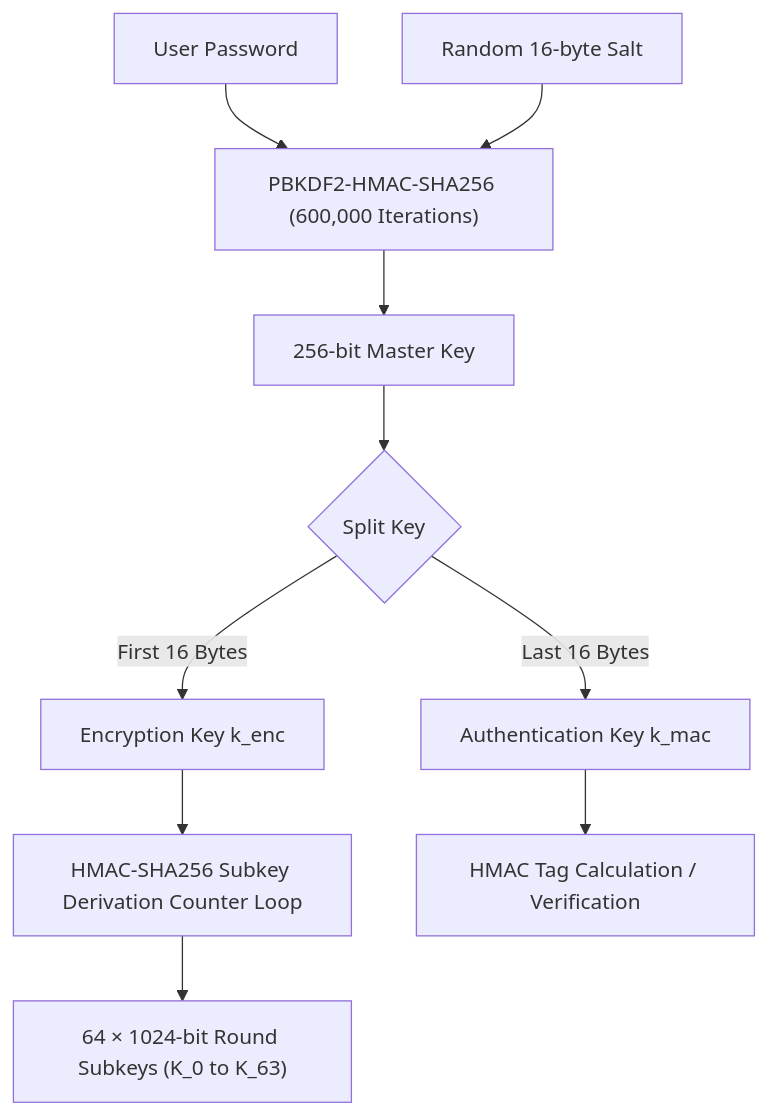
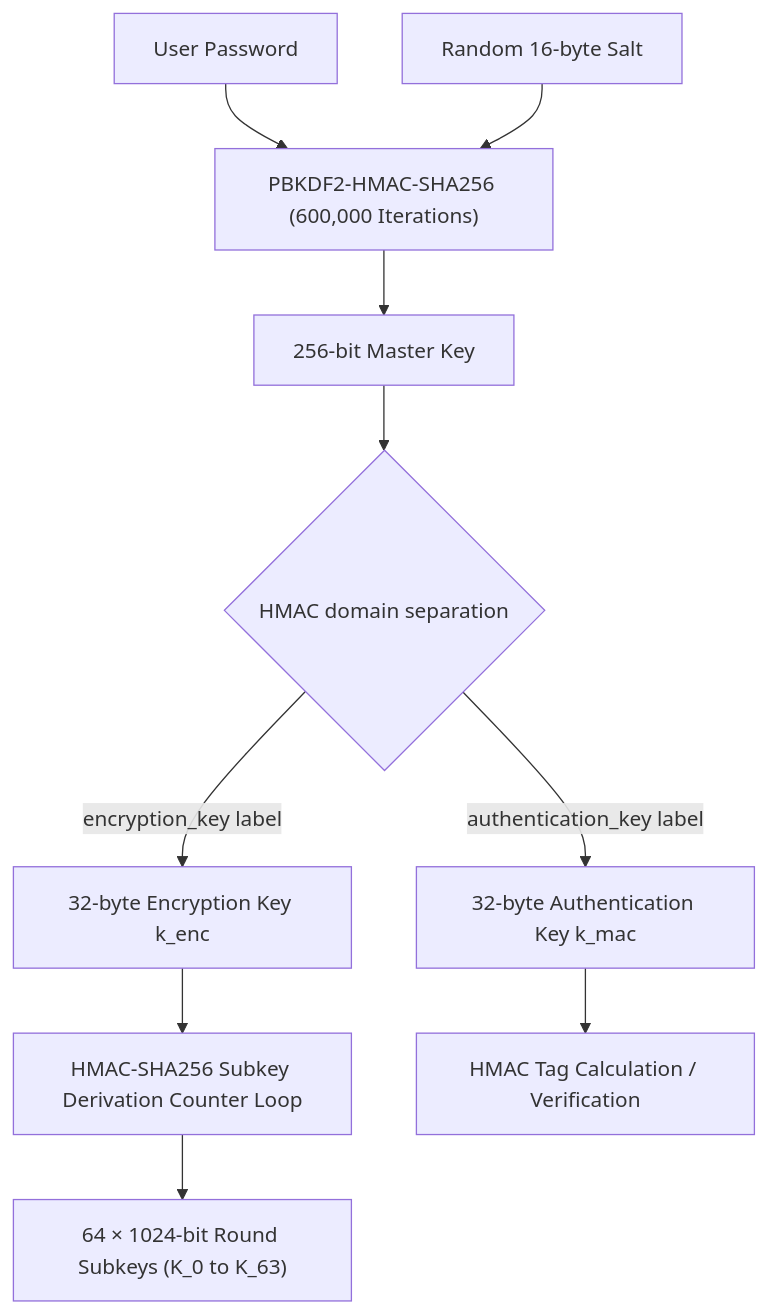
Before and after one commit to Ashin-06/Dynamic-Block-Cipher: the first of 2 diagrams in FLOWS.md, drawn with Mermaid. The commit also changed other lines of this file and 15 other files, not shown here.

````diff
--- a/FLOWS.md
+++ b/FLOWS.md
@@ -11,15 +13,15 @@
 ```mermaid
 graph TD
     Password[User Password] --> PBKDF2["PBKDF2-HMAC-SHA256 (600,000 Iterations)"]
     Salt[Random 16-byte Salt] --> PBKDF2
     PBKDF2 --> MasterKey[256-bit Master Key]
     
-    MasterKey --> SplitKey{Split Key}
-    SplitKey -->|First 16 Bytes| K_enc[Encryption Key k_enc]
-    SplitKey -->|Last 16 Bytes| K_mac[Authentication Key k_mac]
+    MasterKey --> SplitKey{HMAC domain separation}
+    SplitKey -->|encryption_key label| K_enc[32-byte Encryption Key k_enc]
+    SplitKey -->|authentication_key label| K_mac[32-byte Authentication Key k_mac]
     
     K_enc --> SubkeyGen[HMAC-SHA256 Subkey Derivation Counter Loop]
     SubkeyGen --> Subkeys["64 × 1024-bit Round Subkeys (K_0 to K_63)"]
     
     K_mac --> HMAC_Auth[HMAC Tag Calculation / Verification]
 ```
````
